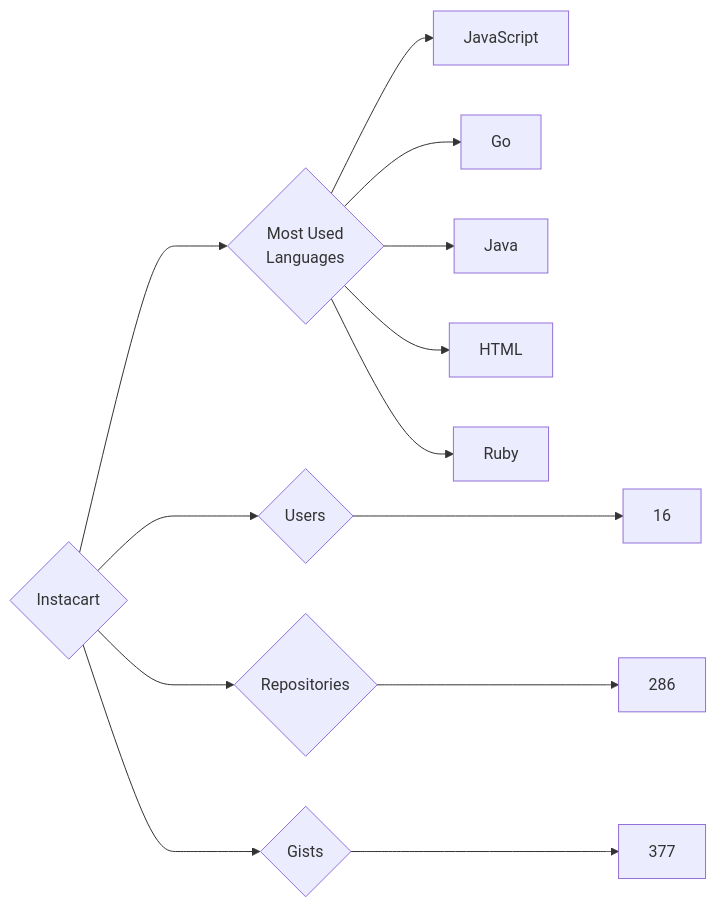
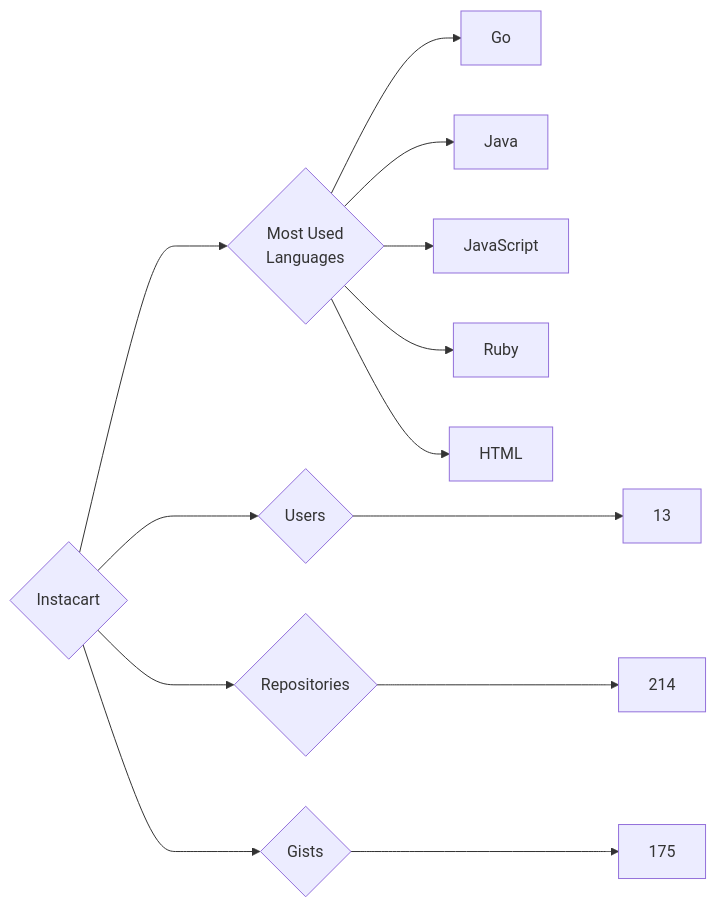
The diagram in targets/Instacart/README.md (trickest/insiders), drawn with Mermaid before and after one commit. The commit also changed 594 other files, not shown here.

````diff
--- a/targets/Instacart/README.md
+++ b/targets/Instacart/README.md
@@ -3,13 +3,13 @@
 ```mermaid
 graph LR
 COMPANY_NAME{Instacart}
-COMPANY_NAME ---> U{Users} ---> UN[16]
-COMPANY_NAME ---> R{Repositories} ---> RN[286]
-COMPANY_NAME ---> G{Gists} ---> GN[377]
+COMPANY_NAME ---> U{Users} ---> UN[13]
+COMPANY_NAME ---> R{Repositories} ---> RN[214]
+COMPANY_NAME ---> G{Gists} ---> GN[175]
 COMPANY_NAME ---> ML{Most Used<br>Languages}
-ML --> JavaScript[JavaScript]
 ML --> Go[Go]
 ML --> Java[Java]
+ML --> JavaScript[JavaScript]
+ML --> Ruby[Ruby]
 ML --> HTML[HTML]
-ML --> Ruby[Ruby]
 ```
````
